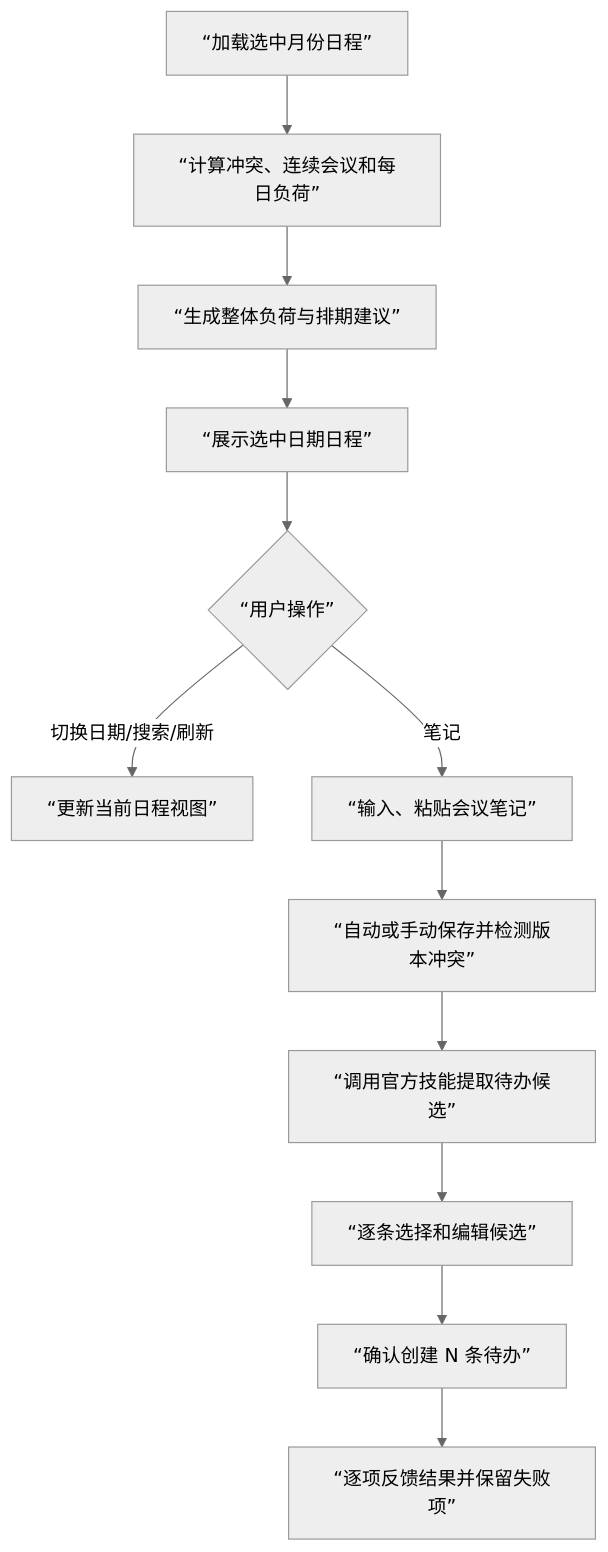
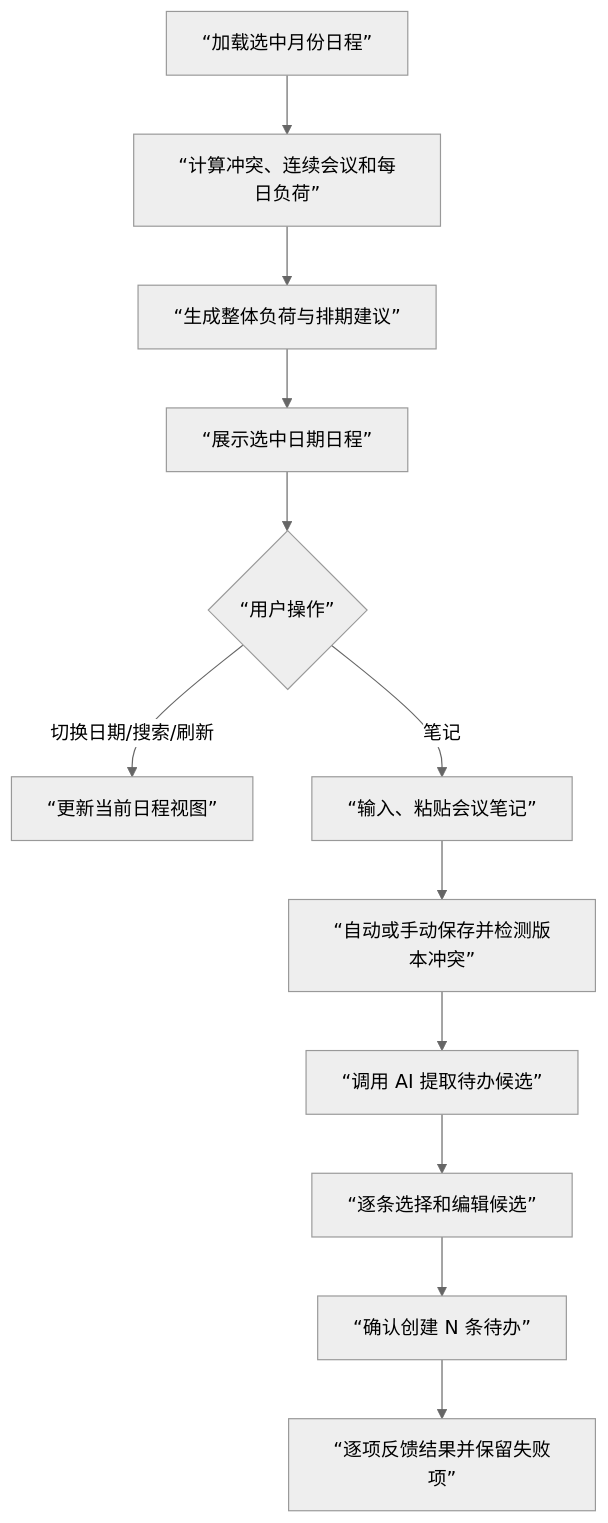
The fifth of 7 diagrams in docs/需求文档/20260726-【PRD】AI工作台-日程看板（MVP）-天马智擎项目.md (fri555/PORTL), drawn with Mermaid (neutral theme) before and after one commit. The commit also changed other lines of this file, not shown here.

````diff
--- a/docs/需求文档/20260726-【PRD】AI工作台-日程看板（MVP）-天马智擎项目.md
+++ b/docs/需求文档/20260726-【PRD】AI工作台-日程看板（MVP）-天马智擎项目.md
@@ -423,14 +423,14 @@
 ```mermaid
 flowchart TD
     A[“加载选中月份日程”] --> B[“计算冲突、连续会议和每日负荷”]
     B --> C[“生成整体负荷与排期建议”]
     C --> D[“展示选中日期日程”]
     D --> E{“用户操作”}
     E -->|切换日期/搜索/刷新| F[“更新当前日程视图”]
     E -->|笔记| H[“输入、粘贴会议笔记”]
     H --> I[“自动或手动保存并检测版本冲突”]
-    I --> J[“调用官方技能提取待办候选”]
+    I --> J[“调用 AI 提取待办候选”]
     J --> K[“逐条选择和编辑候选”]
     K --> L[“确认创建 N 条待办”]
     L --> M[“逐项反馈结果并保留失败项”]
 ```
````
